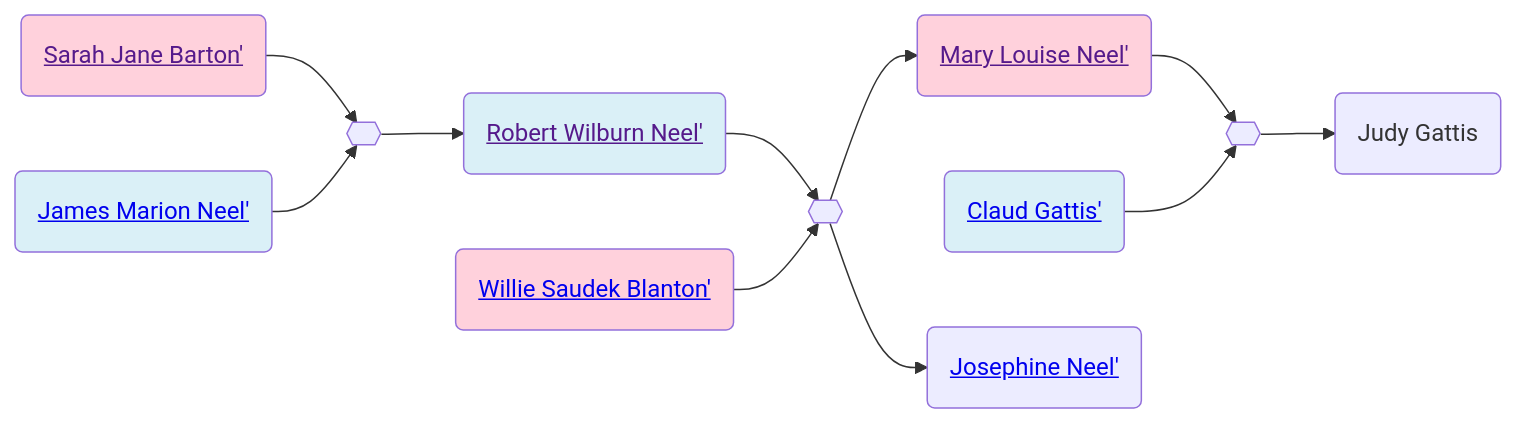
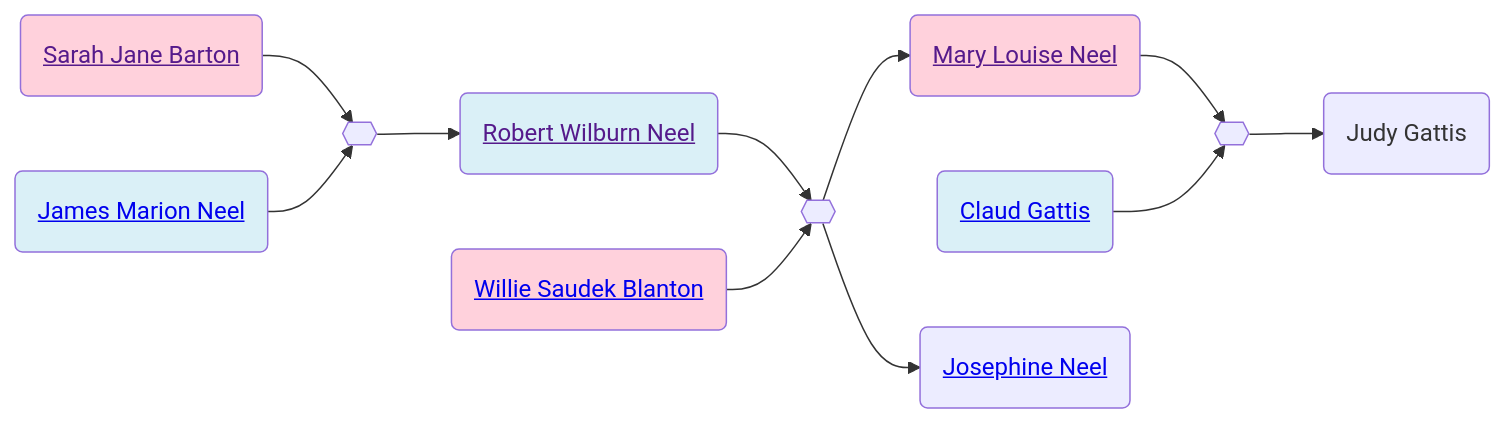
Before and after one commit to neelsmith/avocational: the second of 2 diagrams in familyhistory/sources/people/Neel-line/Sarah_Jane_Barton.qmd, drawn with Mermaid. The commit also changed other lines of this file and 96 other files, not shown here.

````diff
--- a/familyhistory/sources/people/Neel-line/Sarah_Jane_Barton.qmd
+++ b/familyhistory/sources/people/Neel-line/Sarah_Jane_Barton.qmd
@@ -43,29 +43,29 @@
 ```{mermaid}
 graph LR
 %% LR descendant diagram
 class Sarah_Jane_Barton_and_James_Marion_Neel marriage
-Sarah_Jane_Barton(<a href=''>Sarah Jane Barton'</>) --> Sarah_Jane_Barton_and_James_Marion_Neel{{ }}
-James_Marion_Neel(<a href='./James_Marion_Neel.html'>James Marion Neel'</>) --> Sarah_Jane_Barton_and_James_Marion_Neel{{ }}
+Sarah_Jane_Barton(<a href=''>Sarah Jane Barton</a>) --> Sarah_Jane_Barton_and_James_Marion_Neel{{ }}
+James_Marion_Neel(<a href='./James_Marion_Neel.html'>James Marion Neel</a>) --> Sarah_Jane_Barton_and_James_Marion_Neel{{ }}
 class James_Marion_Neel father
 class Sarah_Jane_Barton mother
-Sarah_Jane_Barton_and_James_Marion_Neel{{ }} --> Robert_Wilburn_Neel(<a href='./Robert_Wilburn_Neel.html'>Robert Wilburn Neel'</>)
+Sarah_Jane_Barton_and_James_Marion_Neel{{ }} --> Robert_Wilburn_Neel(<a href='./Robert_Wilburn_Neel.html'>Robert Wilburn Neel</a>)
 class Robert_Wilburn_Neel_and_Willie_Saudek_Blanton marriage
-Robert_Wilburn_Neel(<a href=''>Robert Wilburn Neel'</>) --> Robert_Wilburn_Neel_and_Willie_Saudek_Blanton{{ }}
-Willie_Saudek_Blanton(<a href='./Blanton-line/Willie_Saudek_Blanton.html'>Willie Saudek Blanton'</>) --> Robert_Wilburn_Neel_and_Willie_Saudek_Blanton{{ }}
+Robert_Wilburn_Neel(<a href=''>Robert Wilburn Neel</a>) --> Robert_Wilburn_Neel_and_Willie_Saudek_Blanton{{ }}
+Willie_Saudek_Blanton(<a href='./Blanton-line/Willie_Saudek_Blanton.html'>Willie Saudek Blanton</a>) --> Robert_Wilburn_Neel_and_Willie_Saudek_Blanton{{ }}
 class Robert_Wilburn_Neel father
 class Willie_Saudek_Blanton mother
-Robert_Wilburn_Neel_and_Willie_Saudek_Blanton{{ }} --> Mary_Louise_Neel(<a href='./Mary_Louise_Neel.html'>Mary Louise Neel'</>)
+Robert_Wilburn_Neel_and_Willie_Saudek_Blanton{{ }} --> Mary_Louise_Neel(<a href='./Mary_Louise_Neel.html'>Mary Louise Neel</a>)
 class Mary_Louise_Neel_and_Claud_Gattis marriage
-Mary_Louise_Neel(<a href=''>Mary Louise Neel'</>) --> Mary_Louise_Neel_and_Claud_Gattis{{ }}
-Claud_Gattis(<a href='./../Gattis-line/Claud_Gattis.html'>Claud Gattis'</>) --> Mary_Louise_Neel_and_Claud_Gattis{{ }}
+Mary_Louise_Neel(<a href=''>Mary Louise Neel</a>) --> Mary_Louise_Neel_and_Claud_Gattis{{ }}
+Claud_Gattis(<a href='./../Gattis-line/Claud_Gattis.html'>Claud Gattis</a>) --> Mary_Louise_Neel_and_Claud_Gattis{{ }}
 class Claud_Gattis father
 class Mary_Louise_Neel mother
 Mary_Louise_Neel_and_Claud_Gattis{{ }} --> Judy_Gattis(Judy Gattis)
 class Robert_Wilburn_Neel father
 class Willie_Saudek_Blanton mother
-Robert_Wilburn_Neel_and_Willie_Saudek_Blanton{{ }} --> Josephine_Neel(<a href='./Josephine_Neel.html'>Josephine Neel'</>)
+Robert_Wilburn_Neel_and_Willie_Saudek_Blanton{{ }} --> Josephine_Neel(<a href='./Josephine_Neel.html'>Josephine Neel</a>)
 classDef mother fill:#ffd1dc
 classDef father fill:#daf0f7  
 classDef marriage fill:#ffffff
 
 ```
````
